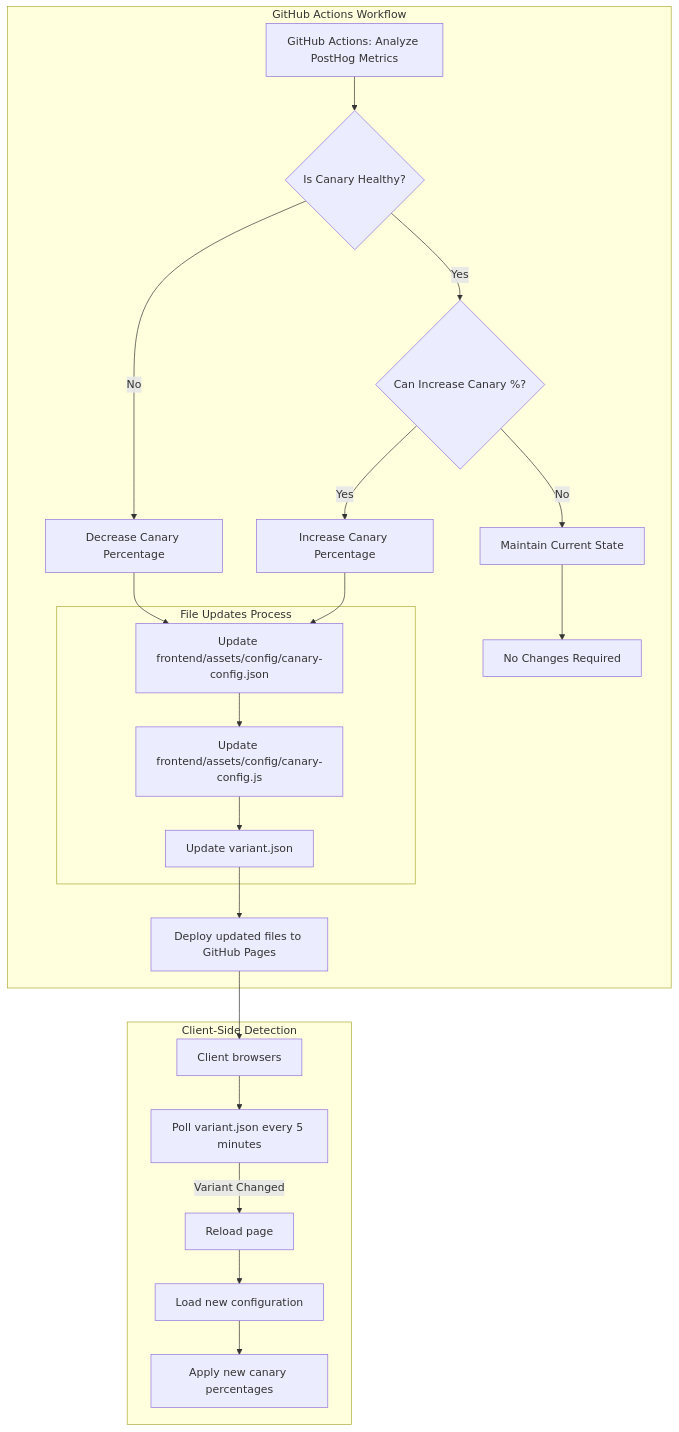
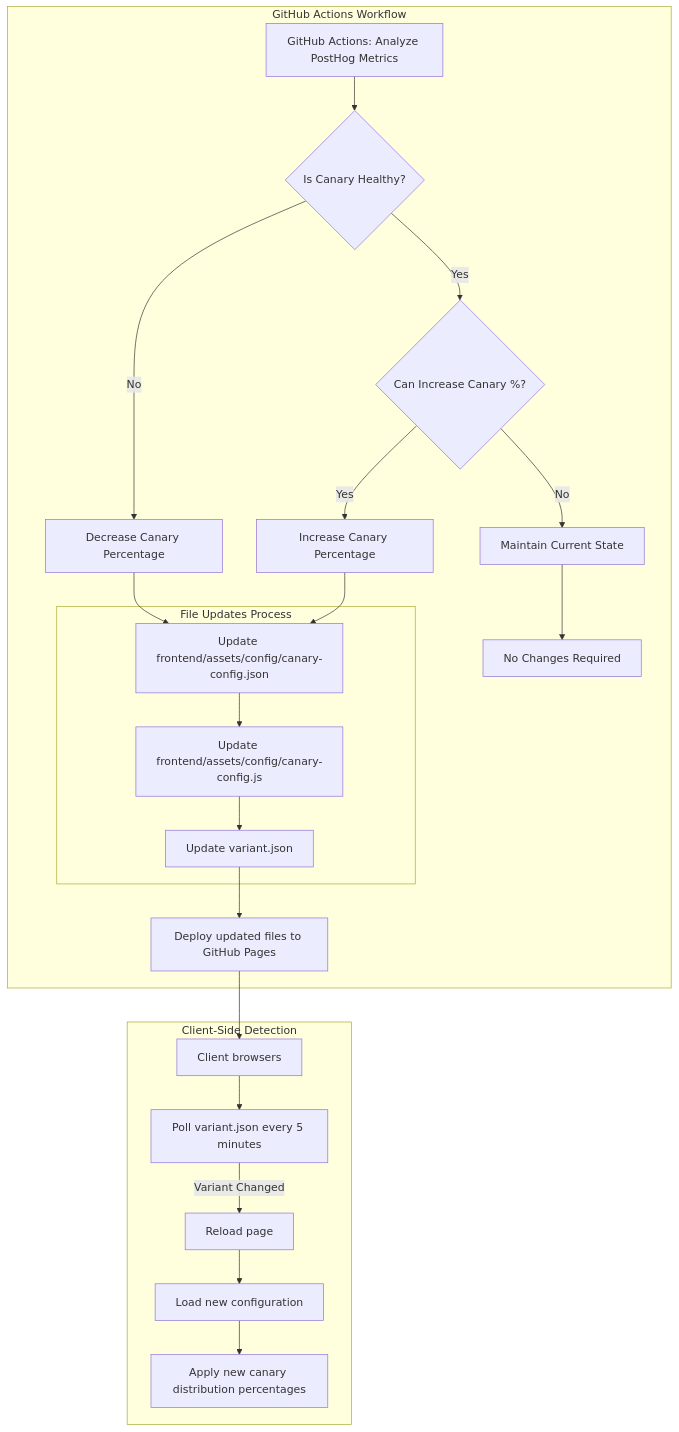
The second of 3 diagrams in README.md (lloydchang/client-side-canary-deployment), drawn with Mermaid before and after one commit. The commit also changed other lines of this file and 2 other files, not shown here.

````diff
--- a/README.md
+++ b/README.md
@@ -35,31 +35,31 @@
 ```mermaid
 graph TD
     subgraph "GitHub Actions Workflow"
         L[GitHub Actions: Analyze PostHog Metrics]
         L --> M{Is Canary Healthy?}
         M -->|No| N[Decrease Canary Percentage]
         M -->|Yes| O{Can Increase Canary %?}
         O -->|Yes| P[Increase Canary Percentage]
         O -->|No| Q[Maintain Current State]
         
         N --> F1
         P --> F1
         Q --> Q1[No Changes Required]
         
         subgraph "File Updates Process"
             F1[Update frontend/assets/config/canary-config.json]
             F1 --> F2[Update frontend/assets/config/canary-config.js]
             F2 --> V[Update variant.json]
         end
         
         V --> G[Deploy updated files to GitHub Pages]
     end
 
     subgraph "Client-Side Detection"
         G --> CL[Client browsers]
         CL --> CL1[Poll variant.json every 5 minutes]
         CL1 -->|Variant Changed| CL2[Reload page]
         CL2 --> CL3[Load new configuration]
-        CL3 --> CL4[Apply new canary percentages]
+        CL3 --> CL4[Apply new canary distribution percentages]
     end    
 ```
````
